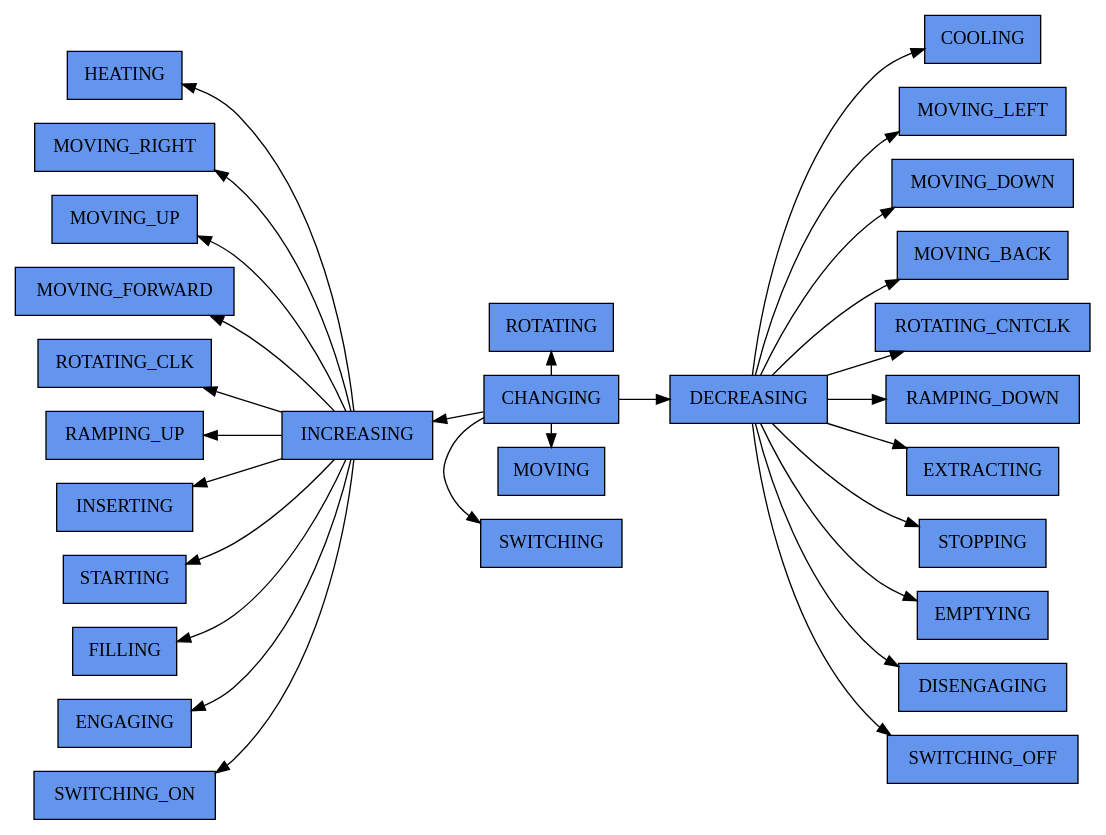
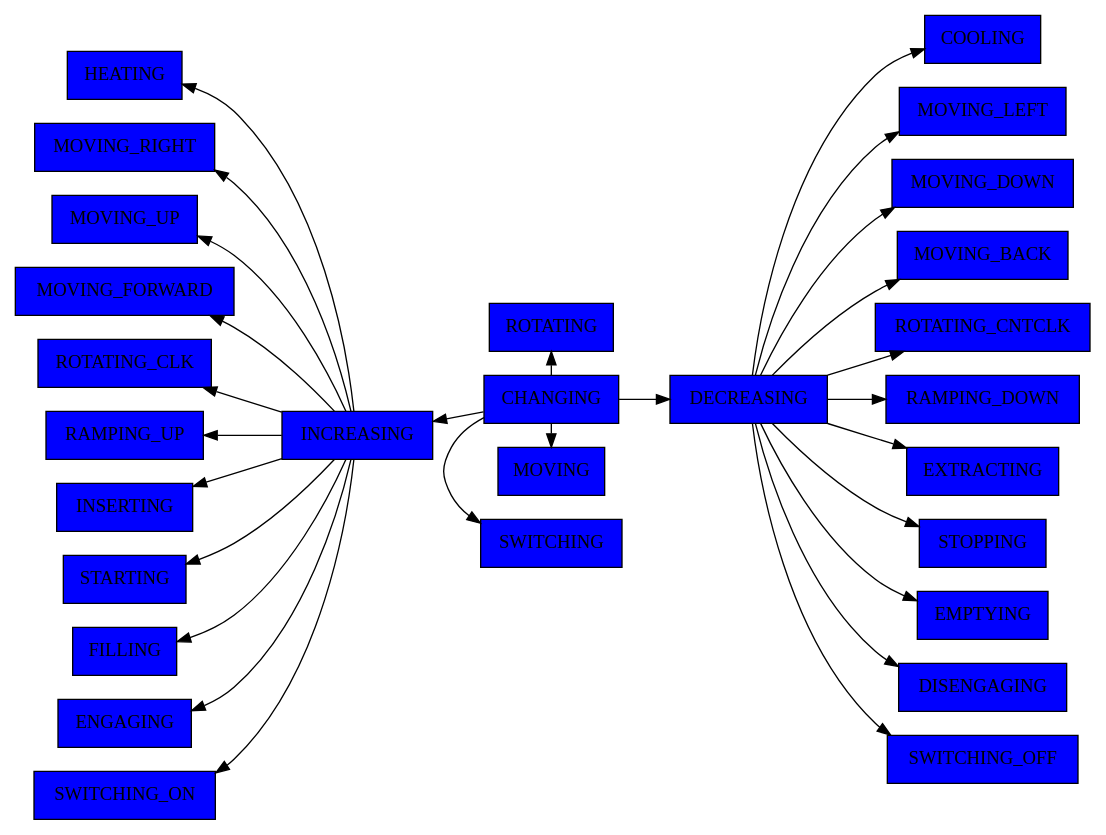
One commit to European-XFEL/Karabo changed the sixth of 7 diagrams in doc/concepts/states.rst. Above: the diagram before and after it, drawn with Graphviz. The commit also changed other lines of this file, not shown here.

```diff
--- a/doc/concepts/states.rst
+++ b/doc/concepts/states.rst
@@ -574,11 +574,11 @@
 
         rank="same";
         style = invis;
-        "ROTATING"[shape = box style=filled, fillcolor=cornflowerblue]
-        "CHANGING"[shape = box style=filled, fillcolor=cornflowerblue]
-        "MOVING"[shape = box style=filled, fillcolor=cornflowerblue]
+        "ROTATING"[shape = box style=filled, fillcolor=blue]
+        "CHANGING"[shape = box style=filled, fillcolor=blue]
+        "MOVING"[shape = box style=filled, fillcolor=blue]
 
-        "SWITCHING"[shape = box style=filled, fillcolor=cornflowerblue]
+        "SWITCHING"[shape = box style=filled, fillcolor=blue]
 
         "ROTATING" -> "CHANGING"[constraint=false, dir=back]
         "CHANGING" -> "MOVING" [constraint=false]
@@ -591,42 +591,42 @@
     "INCREASING" -> "ROTATING" [style="invisible",dir="none"];
     "INCREASING" -> "SWITCHING" [style="invisible",dir="none"];
 
-    "INCREASING"[shape = box style=filled, fillcolor=cornflowerblue]
-    "DECREASING"[shape = box style=filled, fillcolor=cornflowerblue]
+    "INCREASING"[shape = box style=filled, fillcolor=blue]
+    "DECREASING"[shape = box style=filled, fillcolor=blue]
 
-    "COOLING"[shape = box style=filled, fillcolor=cornflowerblue]
-    "HEATING"[shape = box style=filled, fillcolor=cornflowerblue]
+    "COOLING"[shape = box style=filled, fillcolor=blue]
+    "HEATING"[shape = box style=filled, fillcolor=blue]
 
 
-    "MOVING_LEFT"[shape = box style=filled, fillcolor=cornflowerblue]
-    "MOVING_RIGHT"[shape = box style=filled, fillcolor=cornflowerblue]
-    "MOVING_DOWN"[shape = box style=filled, fillcolor=cornflowerblue]
-    "MOVING_UP"[shape = box style=filled, fillcolor=cornflowerblue]
-    "MOVING_FORWARD"[shape = box style=filled, fillcolor=cornflowerblue]
-    "MOVING_BACK"[shape = box style=filled, fillcolor=cornflowerblue]
+    "MOVING_LEFT"[shape = box style=filled, fillcolor=blue]
+    "MOVING_RIGHT"[shape = box style=filled, fillcolor=blue]
+    "MOVING_DOWN"[shape = box style=filled, fillcolor=blue]
+    "MOVING_UP"[shape = box style=filled, fillcolor=blue]
+    "MOVING_FORWARD"[shape = box style=filled, fillcolor=blue]
+    "MOVING_BACK"[shape = box style=filled, fillcolor=blue]
 
 
-    "ROTATING_CLK"[shape = box style=filled, fillcolor=cornflowerblue]
-    "ROTATING_CNTCLK"[shape = box style=filled, fillcolor=cornflowerblue]
+    "ROTATING_CLK"[shape = box style=filled, fillcolor=blue]
+    "ROTATING_CNTCLK"[shape = box style=filled, fillcolor=blue]
 
-    "RAMPING_DOWN"[shape = box style=filled, fillcolor=cornflowerblue]
-    "RAMPING_UP"[shape = box style=filled, fillcolor=cornflowerblue]
+    "RAMPING_DOWN"[shape = box style=filled, fillcolor=blue]
+    "RAMPING_UP"[shape = box style=filled, fillcolor=blue]
 
-    "EXTRACTING"[shape = box style=filled, fillcolor=cornflowerblue]
-    "INSERTING"[shape = box style=filled, fillcolor=cornflowerblue]
+    "EXTRACTING"[shape = box style=filled, fillcolor=blue]
+    "INSERTING"[shape = box style=filled, fillcolor=blue]
 
-    "STOPPING"[shape = box style=filled, fillcolor=cornflowerblue]
-    "STARTING"[shape = box style=filled, fillcolor=cornflowerblue]
+    "STOPPING"[shape = box style=filled, fillcolor=blue]
+    "STARTING"[shape = box style=filled, fillcolor=blue]
 
-    "EMPTYING"[shape = box style=filled, fillcolor=cornflowerblue]
-    "FILLING"[shape = box style=filled, fillcolor=cornflowerblue]
+    "EMPTYING"[shape = box style=filled, fillcolor=blue]
+    "FILLING"[shape = box style=filled, fillcolor=blue]
 
-    "DISENGAGING"[shape = box style=filled, fillcolor=cornflowerblue]
-    "ENGAGING"[shape = box style=filled, fillcolor=cornflowerblue]
+    "DISENGAGING"[shape = box style=filled, fillcolor=blue]
+    "ENGAGING"[shape = box style=filled, fillcolor=blue]
 
 
-    "SWITCHING_OFF"[shape = box style=filled, fillcolor=cornflowerblue]
-    "SWITCHING_ON"[shape = box style=filled, fillcolor=cornflowerblue]
+    "SWITCHING_OFF"[shape = box style=filled, fillcolor=blue]
+    "SWITCHING_ON"[shape = box style=filled, fillcolor=blue]
 
     "HEATING"->"INCREASING" [dir=back]
     "MOVING_RIGHT"->"INCREASING" [dir=back]
```
